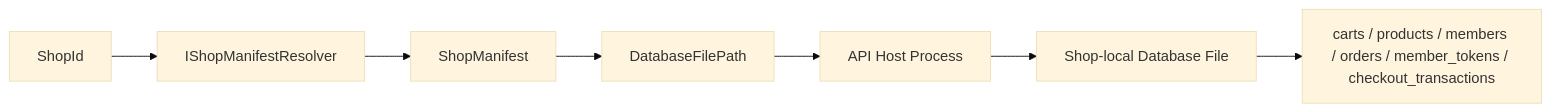
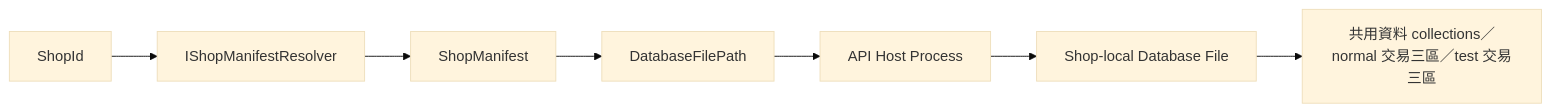
One commit to andrew0928/AndrewDemo.NetConf2023 changed the diagram in spec/shop-runtime-data-isolation-mode.md. Above: the diagram before and after it, drawn with Mermaid (base theme). The commit also changed other lines of this file and 28 other files, not shown here.

````diff
--- a/spec/shop-runtime-data-isolation-mode.md
+++ b/spec/shop-runtime-data-isolation-mode.md
@@ -116,17 +114,17 @@
 ```mermaid
 flowchart LR
     ShopId["ShopId"]
     Resolver["IShopManifestResolver"]
     Manifest["ShopManifest"]
     DbPath["DatabaseFilePath"]
     Host["API Host Process"]
     Db["Shop-local Database File"]
-    Collections["carts / products / members / orders / member_tokens / checkout_transactions"]
+    Collections["共用資料 collections／normal 交易三區／test 交易三區"]
 
     ShopId --> Resolver
     Resolver --> Manifest
     Manifest --> DbPath
     DbPath --> Host
     Host --> Db
     Db --> Collections
 ```
````
